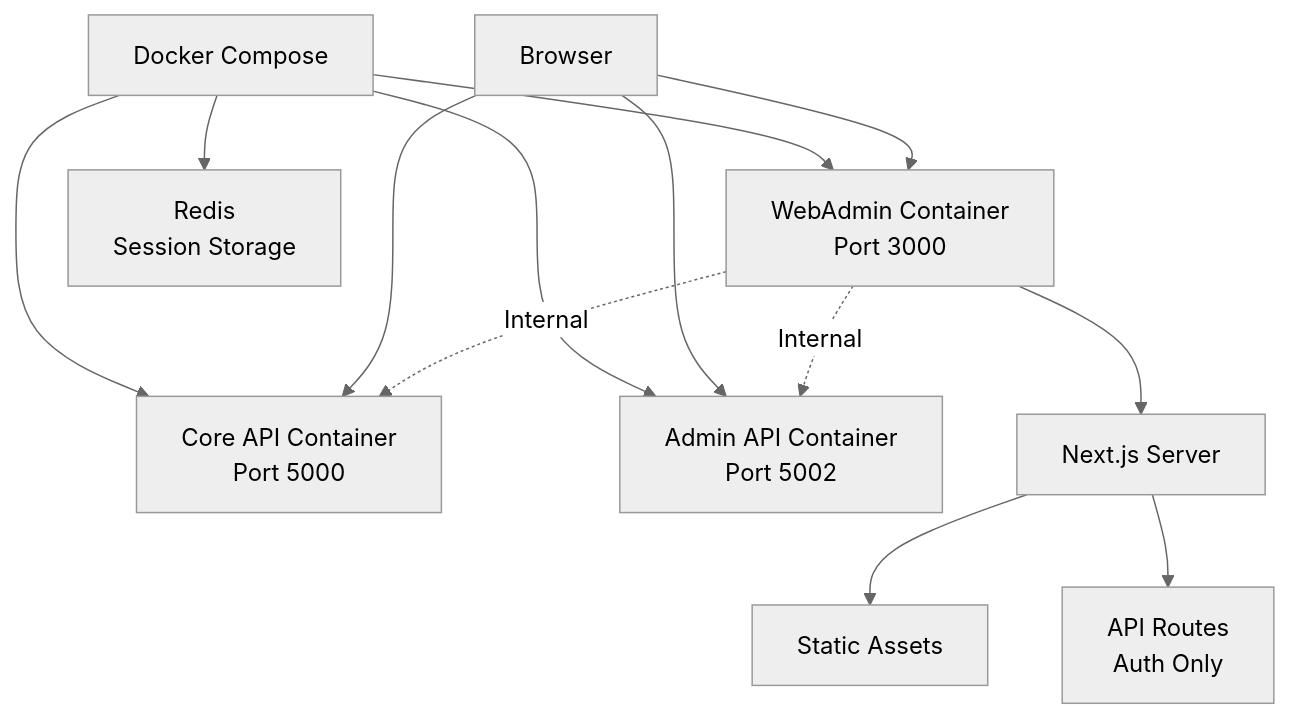
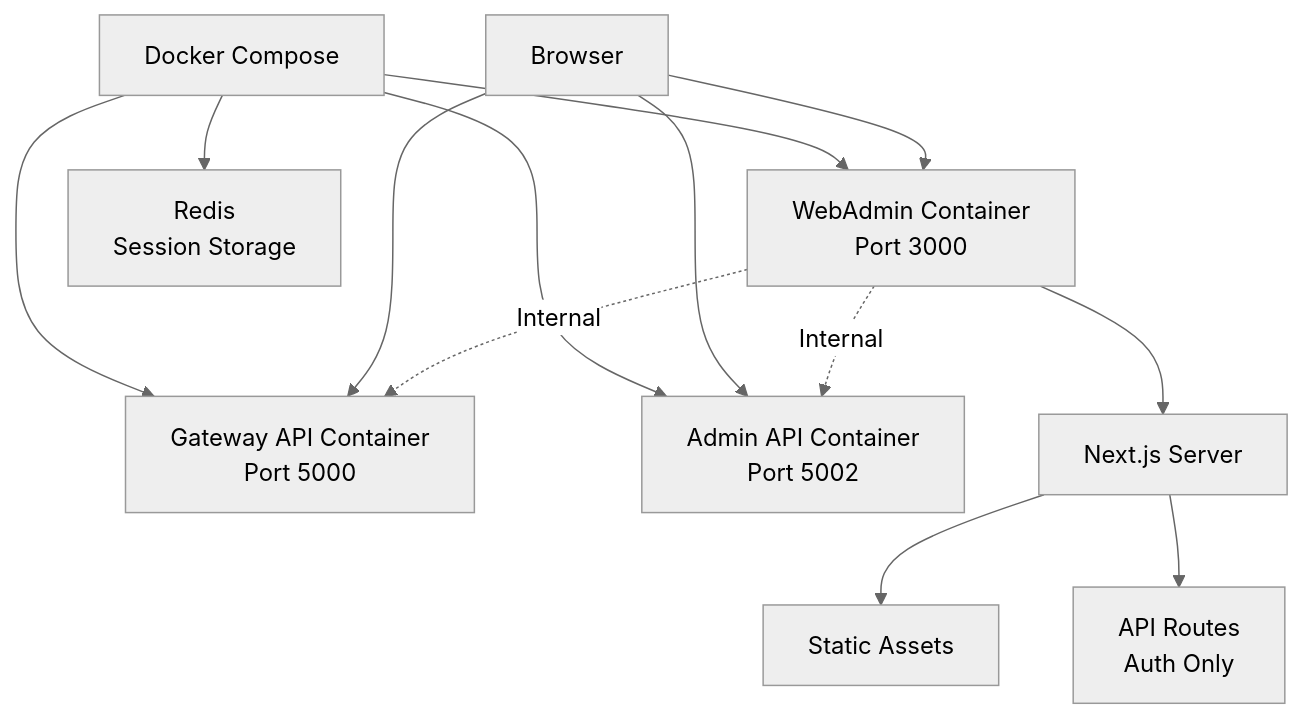
Before and after one commit to knnlabs/Conduit: the seventh of 7 diagrams in WebAdmin/docs/ARCHITECTURE.md, drawn with Mermaid (neutral theme). The commit also changed other lines of this file and 176 other files, not shown here.

````diff
--- a/WebAdmin/docs/ARCHITECTURE.md
+++ b/WebAdmin/docs/ARCHITECTURE.md
@@ -160,18 +160,18 @@
 ```mermaid
 graph TB
     A[Docker Compose] --> B[WebAdmin Container<br/>Port 3000]
-    A --> C[Core API Container<br/>Port 5000]
+    A --> C[Gateway API Container<br/>Port 5000]
     A --> D[Admin API Container<br/>Port 5002]
     A --> E[Redis<br/>Session Storage]
     
     B --> F[Next.js Server]
     F --> G[Static Assets]
     F --> H[API Routes<br/>Auth Only]
     
     I[Browser] --> B
     I --> C
     I --> D
     
     B -.->|Internal| C
     B -.->|Internal| D
 ```
````
